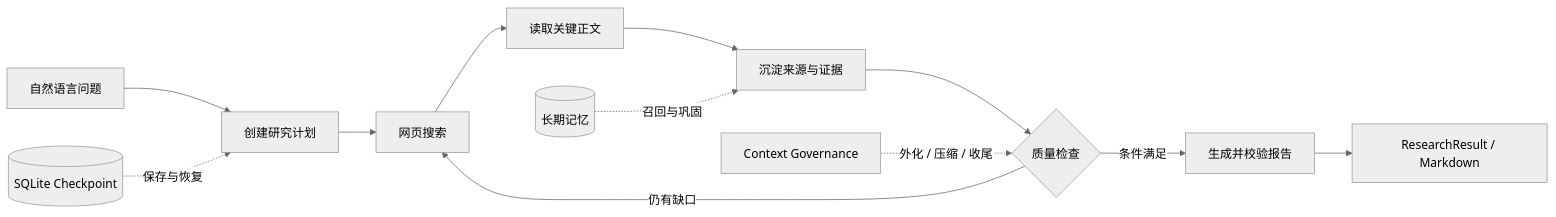
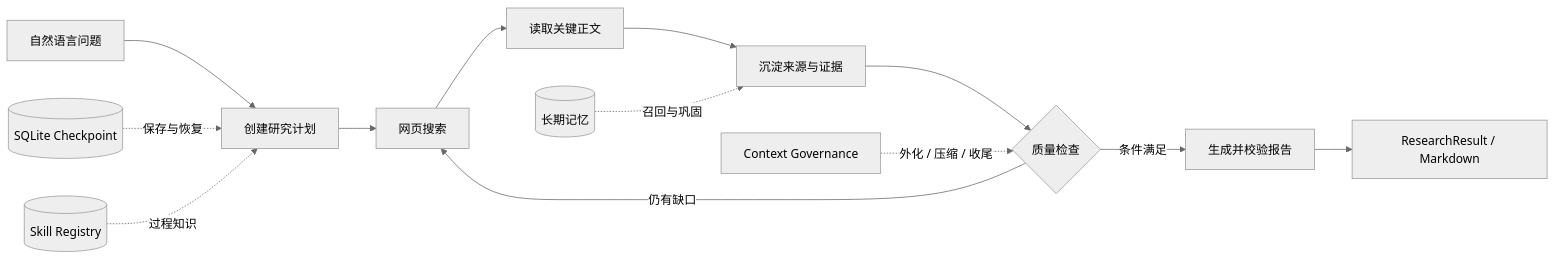
The first of 2 diagrams in README.md (1612535983/deepreseach-learing), drawn with Mermaid (neutral theme) before and after one commit. The commit also changed other lines of this file, not shown here.

Commit message:
docs: document the completed skill system

````diff
--- a/README.md
+++ b/README.md
@@ -60,15 +61,16 @@
 ```mermaid
 flowchart LR
     A[自然语言问题] --> B[创建研究计划]
     B --> C[网页搜索]
     C --> D[读取关键正文]
     D --> E[沉淀来源与证据]
     E --> F{质量检查}
     F -->|仍有缺口| C
     F -->|条件满足| G[生成并校验报告]
     G --> H[ResearchResult / Markdown]
 
     I[(SQLite Checkpoint)] -.保存与恢复.-> B
     J[(长期记忆)] -.召回与巩固.-> E
+    L[(Skill Registry)] -.过程知识.-> B
     K[Context Governance] -.外化 / 压缩 / 收尾.-> F
 ```
````
